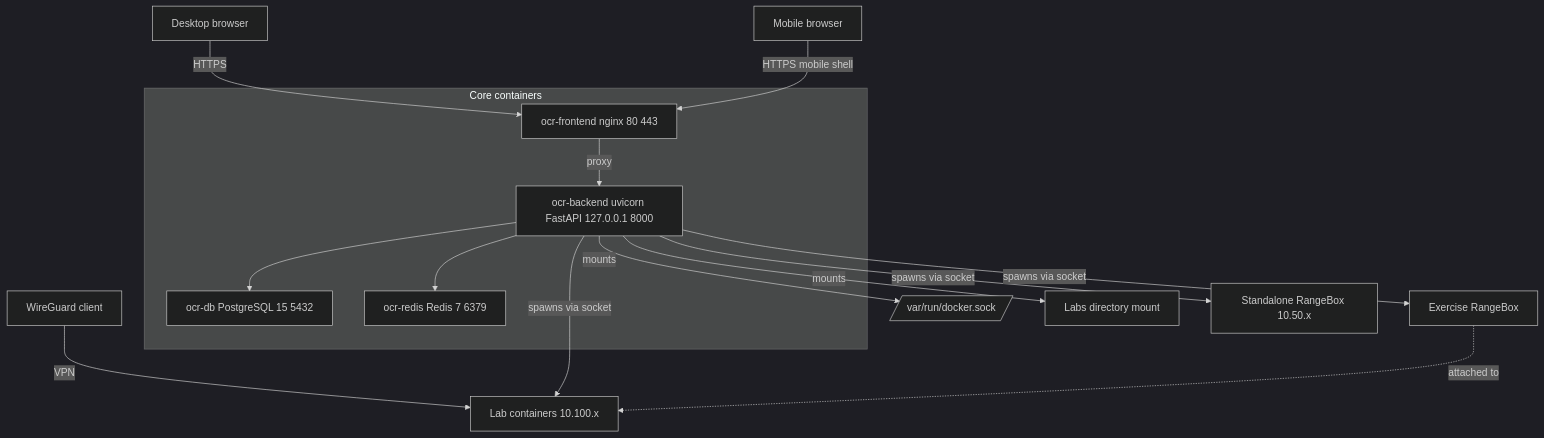
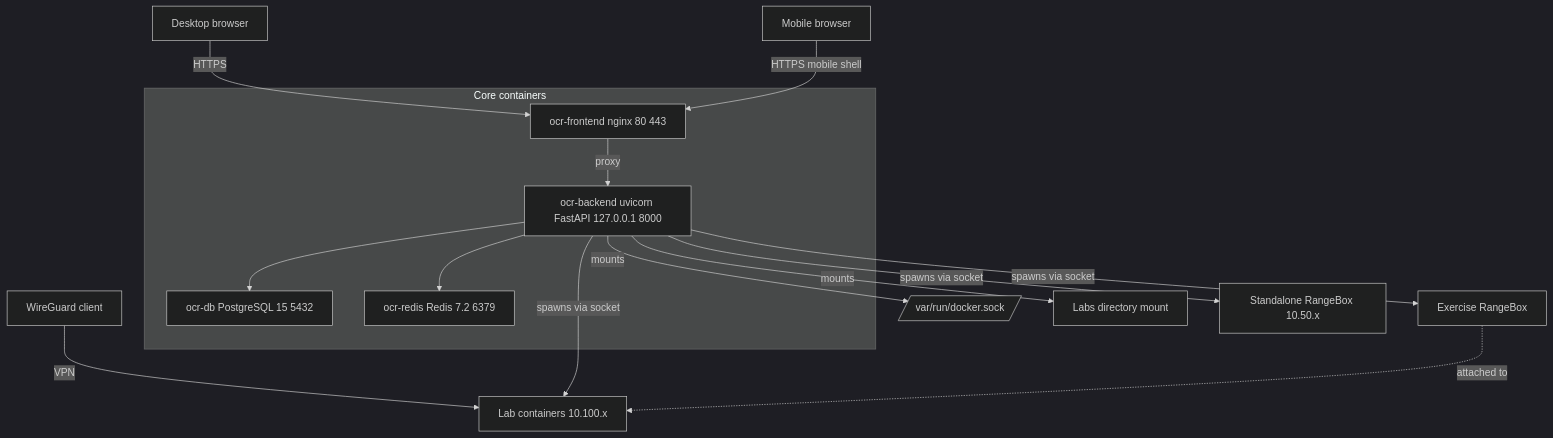
One commit to RobChaykoski/opencyberrange changed the first of 6 diagrams in Manual-Lite/00_Server_Deployment/06_Architecture.md. Above: the diagram before and after it, drawn with Mermaid (dark theme). The commit also changed other lines of this file and 130 other files, not shown here.

````diff
--- a/Manual-Lite/00_Server_Deployment/06_Architecture.md
+++ b/Manual-Lite/00_Server_Deployment/06_Architecture.md
@@ -11,32 +11,32 @@
 ```mermaid
 flowchart TB
     Desktop[Desktop browser]
     Mobile[Mobile browser]
     VPNClient[WireGuard client]
 
     subgraph Core[Core containers]
         FE[ocr-frontend nginx 80 443]
         BE[ocr-backend uvicorn FastAPI 127.0.0.1 8000]
         DB[ocr-db PostgreSQL 15 5432]
-        RD[ocr-redis Redis 7 6379]
+        RD[ocr-redis Redis 7.2 6379]
     end
 
     Sock[/var/run/docker.sock/]
     LabsDir[Labs directory mount]
     Lab[Lab containers 10.100.x]
     Standalone[Standalone RangeBox 10.50.x]
     LabBox[Exercise RangeBox]
 
     Desktop -->|HTTPS| FE
     Mobile -->|HTTPS mobile shell| FE
     VPNClient -->|VPN| Lab
     FE -->|proxy| BE
     BE --> DB
     BE --> RD
     BE -->|mounts| Sock
     BE -->|mounts| LabsDir
     BE -->|spawns via socket| Lab
     BE -->|spawns via socket| Standalone
     BE -->|spawns via socket| LabBox
     LabBox -.->|attached to| Lab
 ```
````
